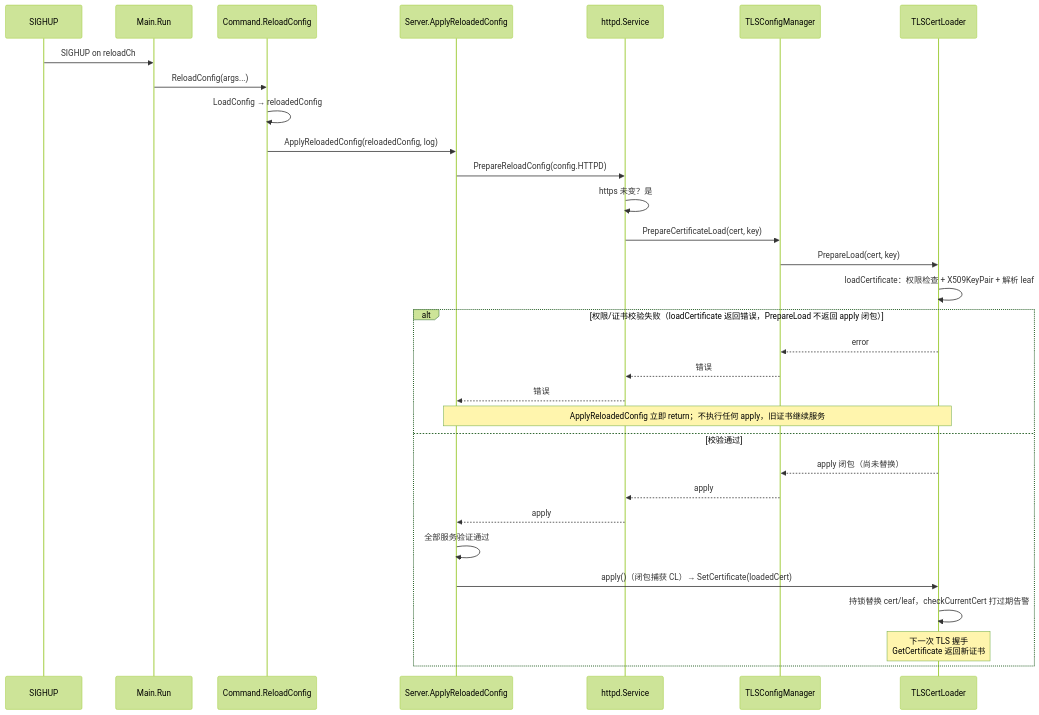
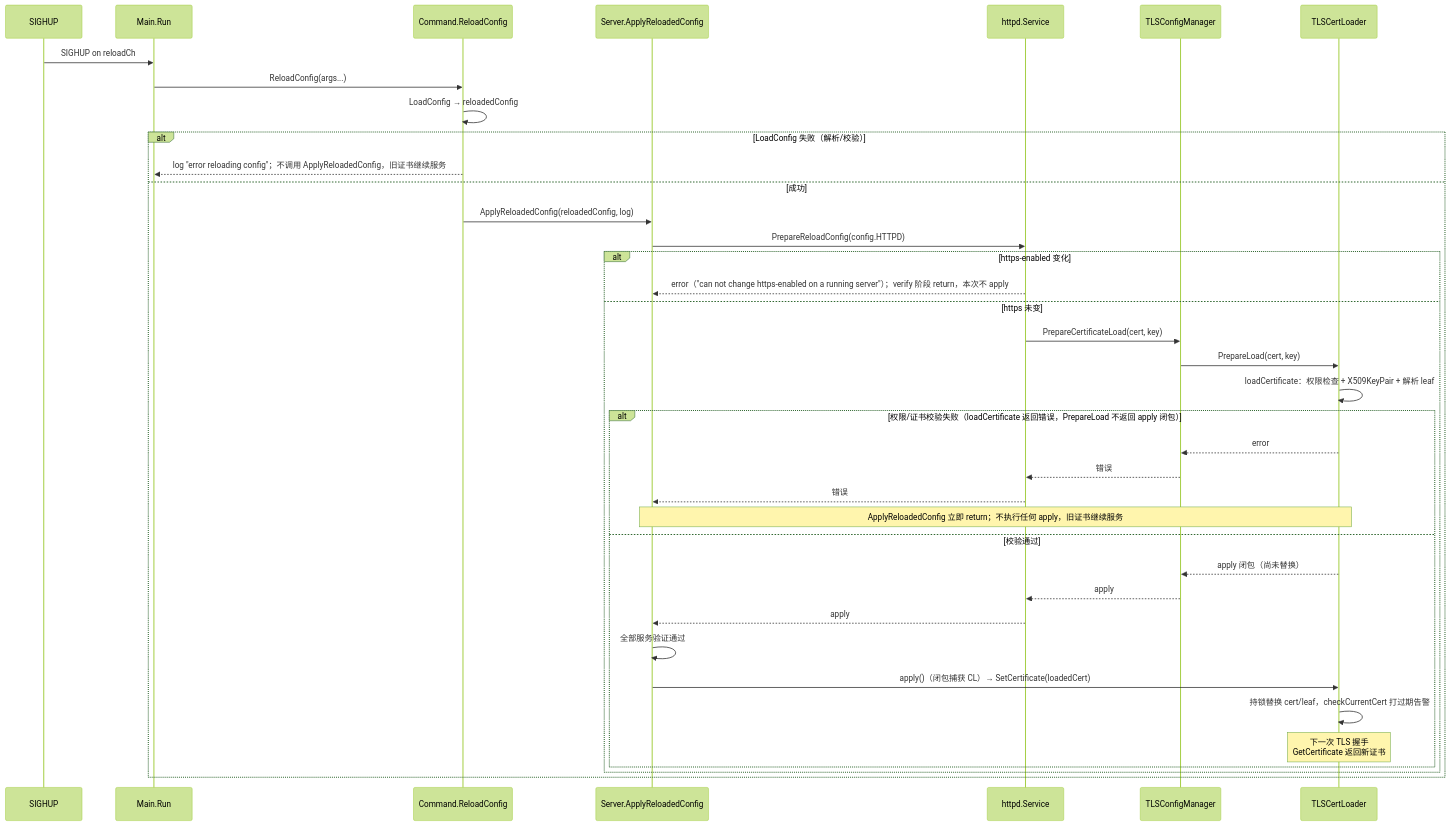
One commit to stefanv5/influxdb changed the third of 3 diagrams in docs/specs/v1.8.10-vs-v1.12.3/06_http_flux_diff.md. Above: the diagram before and after it, drawn with Mermaid (forest theme). The commit also changed other lines of this file and 16 other files, not shown here.

````diff
--- a/docs/specs/v1.8.10-vs-v1.12.3/06_http_flux_diff.md
+++ b/docs/specs/v1.8.10-vs-v1.12.3/06_http_flux_diff.md
@@ -1659,34 +1714,41 @@
 ```mermaid
 sequenceDiagram
     participant K as SIGHUP
     participant M as Main.Run
     participant C as Command.ReloadConfig
     participant S as Server.ApplyReloadedConfig
     participant H as httpd.Service
     participant TM as TLSConfigManager
     participant CL as TLSCertLoader
 
     K->>M: SIGHUP on reloadCh
     M->>C: ReloadConfig(args...)
     C->>C: LoadConfig → reloadedConfig
-    C->>S: ApplyReloadedConfig(reloadedConfig, log)
-    S->>H: PrepareReloadConfig(config.HTTPD)
-    H->>H: https 未变？是
-    H->>TM: PrepareCertificateLoad(cert, key)
-    TM->>CL: PrepareLoad(cert, key)
-    CL->>CL: loadCertificate：权限检查 + X509KeyPair + 解析 leaf
-    alt 权限/证书校验失败（loadCertificate 返回错误，PrepareLoad 不返回 apply 闭包）
-        CL-->>TM: error
-        TM-->>H: 错误
-        H-->>S: 错误
-        Note over S,CL: ApplyReloadedConfig 立即 return；不执行任何 apply，旧证书继续服务
-    else 校验通过
-        CL-->>TM: apply 闭包（尚未替换）
-        TM-->>H: apply
-        H-->>S: apply
-        S->>S: 全部服务验证通过
-        S->>CL: apply()（闭包捕获 CL）→ SetCertificate(loadedCert)
-        CL->>CL: 持锁替换 cert/leaf，checkCurrentCert 打过期告警
-        Note over CL: 下一次 TLS 握手<br/>GetCertificate 返回新证书
+    alt LoadConfig 失败（解析/校验）
+        C-->>M: log "error reloading config"；不调用 ApplyReloadedConfig，旧证书继续服务
+    else 成功
+        C->>S: ApplyReloadedConfig(reloadedConfig, log)
+        S->>H: PrepareReloadConfig(config.HTTPD)
+        alt https-enabled 变化
+            H-->>S: error（"can not change https-enabled on a running server"）；verify 阶段 return，本次不 apply
+        else https 未变
+            H->>TM: PrepareCertificateLoad(cert, key)
+            TM->>CL: PrepareLoad(cert, key)
+            CL->>CL: loadCertificate：权限检查 + X509KeyPair + 解析 leaf
+            alt 权限/证书校验失败（loadCertificate 返回错误，PrepareLoad 不返回 apply 闭包）
+                CL-->>TM: error
+                TM-->>H: 错误
+                H-->>S: 错误
+                Note over S,CL: ApplyReloadedConfig 立即 return；不执行任何 apply，旧证书继续服务
+            else 校验通过
+                CL-->>TM: apply 闭包（尚未替换）
+                TM-->>H: apply
+                H-->>S: apply
+                S->>S: 全部服务验证通过
+                S->>CL: apply()（闭包捕获 CL）→ SetCertificate(loadedCert)
+                CL->>CL: 持锁替换 cert/leaf，checkCurrentCert 打过期告警
+                Note over CL: 下一次 TLS 握手<br/>GetCertificate 返回新证书
+            end
+        end
     end
 ```
````
